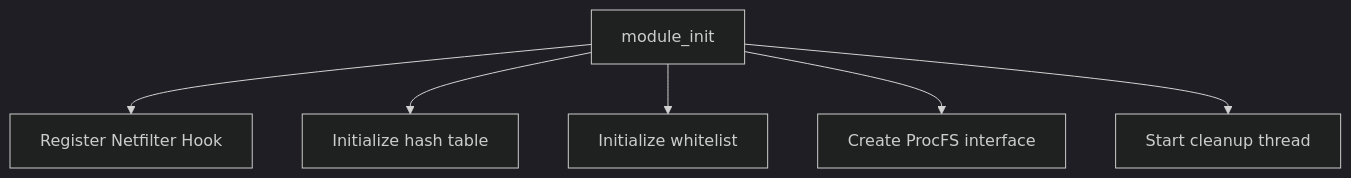
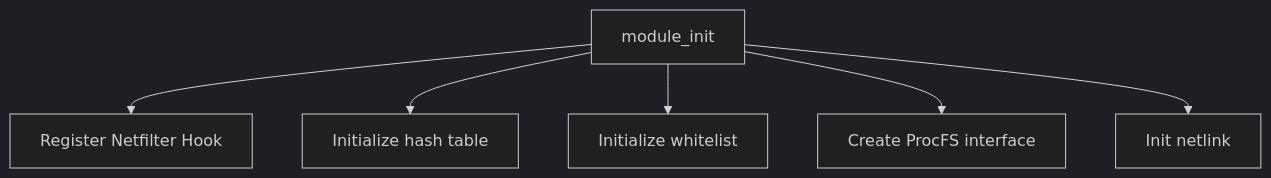
Before and after one commit to SnowCore8/linux-firewall-kmod: the third of 4 diagrams in docs/en/architecture/kernel-module.md, drawn with Mermaid (dark theme). The commit also changed other lines of this file and 9 other files, not shown here.

````diff
--- a/docs/en/architecture/kernel-module.md
+++ b/docs/en/architecture/kernel-module.md
@@ -232,8 +248,8 @@
 ```mermaid
 graph TB
     A[module_init] --> B[Register Netfilter Hook]
     A --> C[Initialize hash table]
     A --> D[Initialize whitelist]
     A --> E[Create ProcFS interface]
-    A --> F[Start cleanup thread]
+    A --> F[Init netlink]
 ```
````
